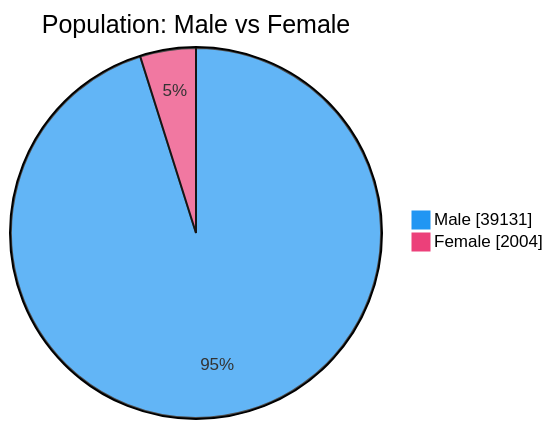
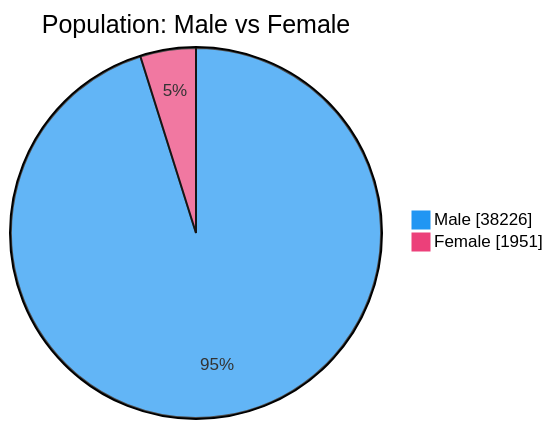
The second of 7 diagrams in README.md (nuuuwan/lk_prisons), drawn with Mermaid before and after one commit. The commit also changed other lines of this file and 1 other file, not shown here.

````diff
--- a/README.md
+++ b/README.md
@@ -54,6 +54,6 @@
 ```mermaid
 %%{init: {'themeVariables': {'pie1': '#2196F3', 'pie2': '#EC407A'}}}%%
 pie showData title Population: Male vs Female
-    "Male" : 39131
-    "Female" : 2004
+    "Male" : 38226
+    "Female" : 1951
 ```
````
